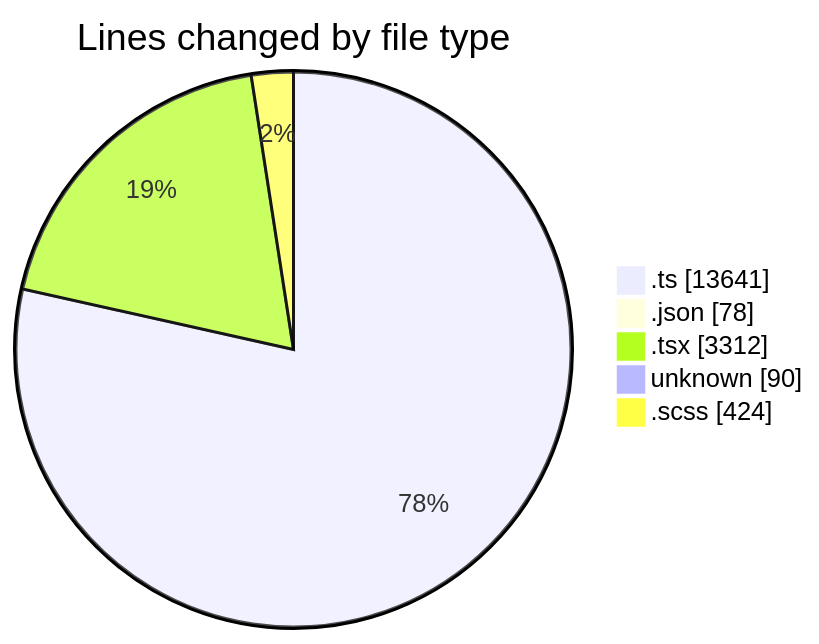
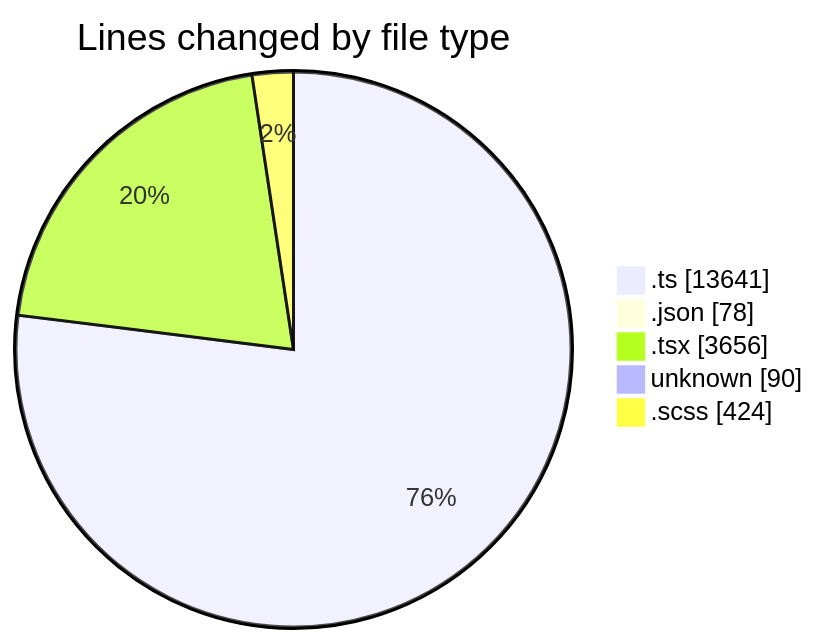
Before and after one commit to momahboobian/code-tracking: the first of 2 diagrams in 2025-08-29/cda/README.md, drawn with Mermaid. The commit also changed other lines of this file and 1 other file, not shown here.

````diff
--- a/2025-08-29/cda/README.md
+++ b/2025-08-29/cda/README.md
@@ -34,9 +34,9 @@
 ```mermaid
 pie showData
 title Lines changed by file type
 ".ts" : 13641
 ".json" : 78
-".tsx" : 3312
+".tsx" : 3656
 "unknown" : 90
 ".scss" : 424
 ```
````
